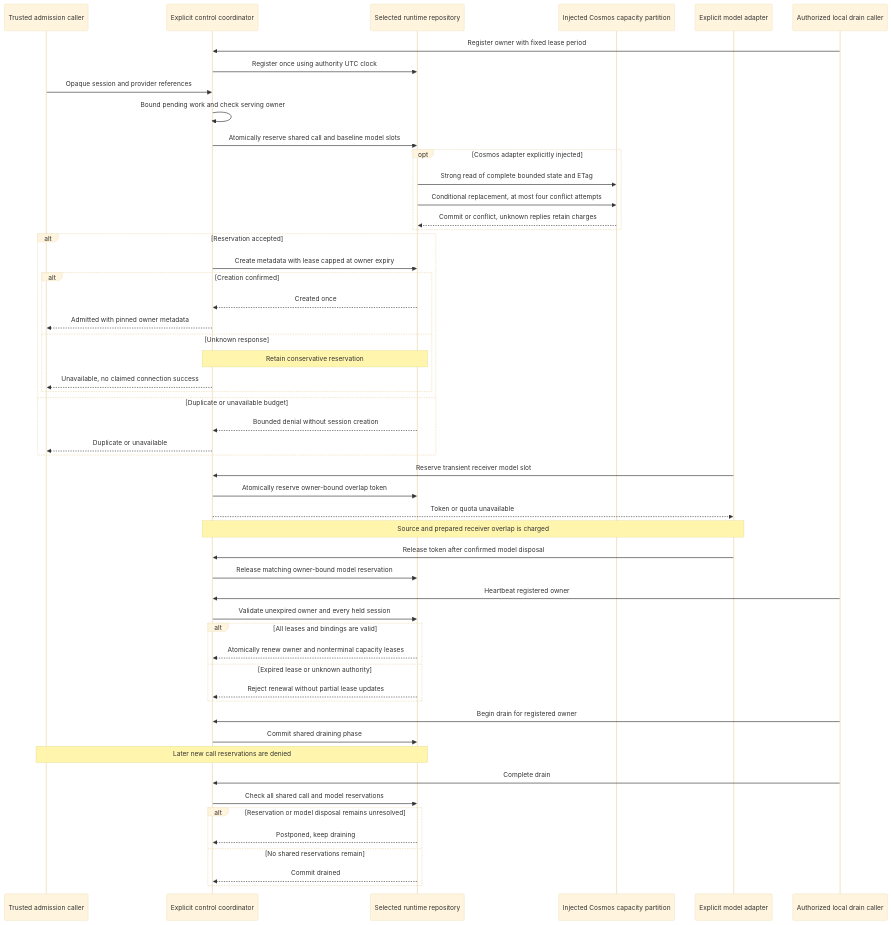
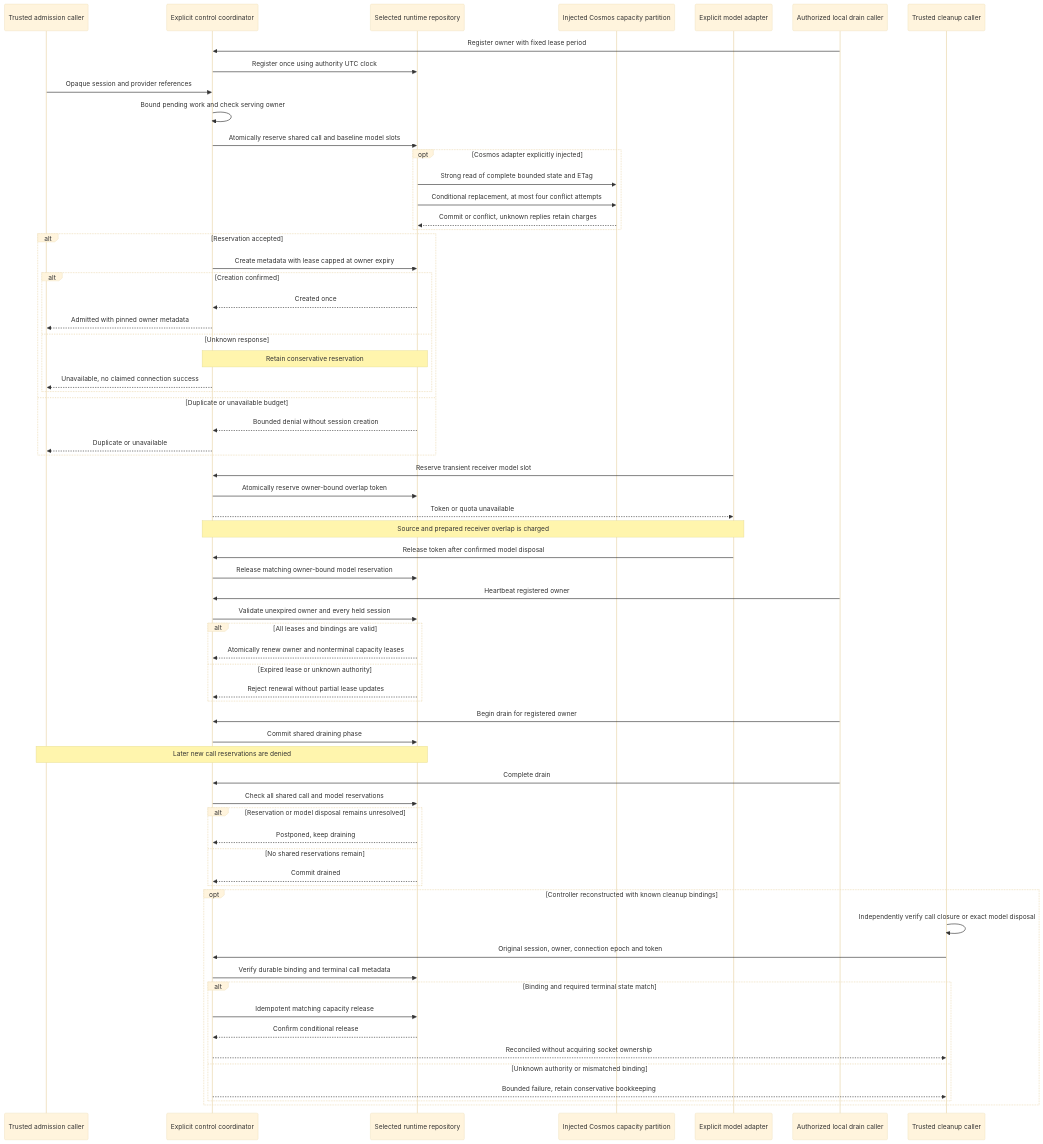
The first of 2 diagrams in code/docs/acceptance/us6.md (marvinbuss/caller-ai), drawn with Mermaid (base theme) before and after one commit. The commit also changed other lines of this file and 6 other files, not shown here.

Commit message:
Reconcile verified capacity cleanup after controller reconstruction

````diff
--- a/code/docs/acceptance/us6.md
+++ b/code/docs/acceptance/us6.md
@@ -402,55 +434,68 @@
 ```mermaid
 sequenceDiagram
     participant Admission as Trusted admission caller
     participant Capacity as Explicit control coordinator
     participant Store as Selected runtime repository
     participant Authority as Injected Cosmos capacity partition
     participant Model as Explicit model adapter
     participant Operator as Authorized local drain caller
+    participant Recovery as Trusted cleanup caller
     Operator->>Capacity: Register owner with fixed lease period
     Capacity->>Store: Register once using authority UTC clock
     Admission->>Capacity: Opaque session and provider references
     Capacity->>Capacity: Bound pending work and check serving owner
     Capacity->>Store: Atomically reserve shared call and baseline model slots
     opt Cosmos adapter explicitly injected
         Store->>Authority: Strong read of complete bounded state and ETag
         Store->>Authority: Conditional replacement, at most four conflict attempts
         Authority-->>Store: Commit or conflict, unknown replies retain charges
     end
     alt Reservation accepted
         Capacity->>Store: Create metadata with lease capped at owner expiry
         alt Creation confirmed
             Store-->>Capacity: Created once
             Capacity-->>Admission: Admitted with pinned owner metadata
         else Unknown response
             Note over Capacity,Store: Retain conservative reservation
             Capacity-->>Admission: Unavailable, no claimed connection success
         end
     else Duplicate or unavailable budget
         Store-->>Capacity: Bounded denial without session creation
         Capacity-->>Admission: Duplicate or unavailable
     end
     Model->>Capacity: Reserve transient receiver model slot
     Capacity->>Store: Atomically reserve owner-bound overlap token
     Capacity-->>Model: Token or quota unavailable
     Note over Capacity,Model: Source and prepared receiver overlap is charged
     Model->>Capacity: Release token after confirmed model disposal
     Capacity->>Store: Release matching owner-bound model reservation
     Operator->>Capacity: Heartbeat registered owner
     Capacity->>Store: Validate unexpired owner and every held session
     alt All leases and bindings are valid
         Store-->>Capacity: Atomically renew owner and nonterminal capacity leases
     else Expired lease or unknown authority
         Store-->>Capacity: Reject renewal without partial lease updates
     end
     Operator->>Capacity: Begin drain for registered owner
     Capacity->>Store: Commit shared draining phase
     Note over Admission,Store: Later new call reservations are denied
     Operator->>Capacity: Complete drain
     Capacity->>Store: Check all shared call and model reservations
     alt Reservation or model disposal remains unresolved
         Store-->>Capacity: Postponed, keep draining
     else No shared reservations remain
         Store-->>Capacity: Commit drained
     end
+    opt Controller reconstructed with known cleanup bindings
+        Recovery->>Recovery: Independently verify call closure or exact model disposal
+        Recovery->>Capacity: Original session, owner, connection epoch and token
+        Capacity->>Store: Verify durable binding and terminal call metadata
+        alt Binding and required terminal state match
+            Capacity->>Store: Idempotent matching capacity release
+            Store-->>Capacity: Confirm conditional release
+            Capacity-->>Recovery: Reconciled without acquiring socket ownership
+        else Unknown authority or mismatched binding
+            Capacity-->>Recovery: Bounded failure, retain conservative bookkeeping
+        end
+    end
 ```
````
